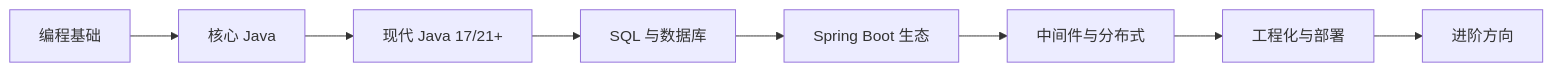
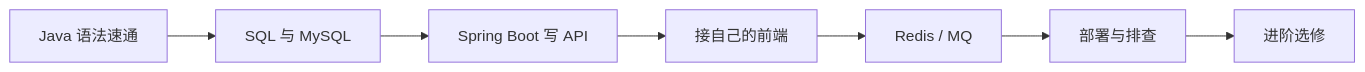
Before and after one commit to Ryancheese/ryan-log: the first of 2 diagrams in src/content/posts/java-learning-roadmap.mdx, drawn with Mermaid. The commit also changed other lines of this file, not shown here.

First line of the commit message:
docs: 将 Java 学习路线调整为前端转后端视角

````diff
--- a/src/content/posts/java-learning-roadmap.mdx
+++ b/src/content/posts/java-learning-roadmap.mdx
@@ -58,10 +113,9 @@
 ```mermaid
 flowchart LR
-    A[编程基础] --> B[核心 Java]
-    B --> C[现代 Java 17/21+]
-    C --> D[SQL 与数据库]
-    D --> E[Spring Boot 生态]
-    E --> F[中间件与分布式]
-    F --> G[工程化与部署]
-    G --> H[进阶方向]
+    A[Java 语法速通] --> B[SQL 与 MySQL]
+    B --> C[Spring Boot 写 API]
+    C --> D[接自己的前端]
+    D --> E[Redis / MQ]
+    E --> F[部署与排查]
+    F --> G[进阶选修]
 ```
````
